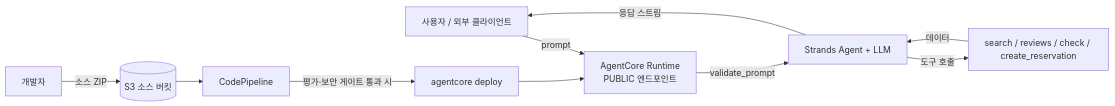
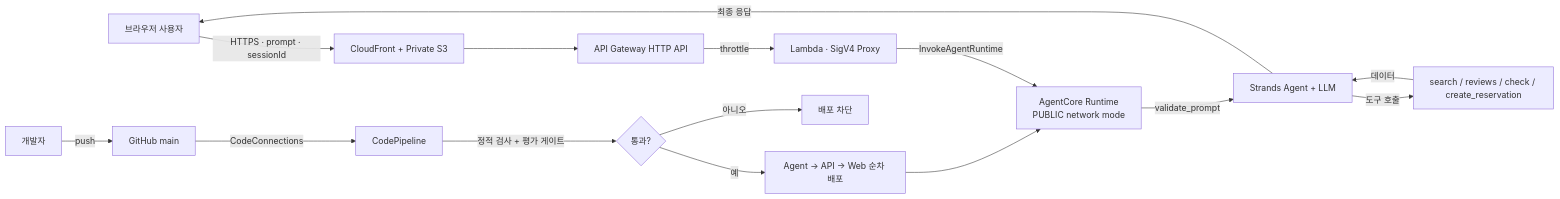
The diagram in docs/threat-model.md (clialim/restaurant-agent-agentcore), drawn with Mermaid before and after one commit. The commit also changed other lines of this file and 2 other files, not shown here.

````diff
--- a/docs/threat-model.md
+++ b/docs/threat-model.md
@@ -13,15 +10,18 @@
 ```mermaid
 flowchart LR
-    User[사용자 / 외부 클라이언트] -->|prompt| Entry[AgentCore Runtime<br/>PUBLIC 엔드포인트]
+    User[브라우저 사용자] -->|HTTPS · prompt · sessionId| CF[CloudFront + Private S3]
+    CF --> API[API Gateway HTTP API]
+    API -->|throttle| Lambda[Lambda · SigV4 Proxy]
+    Lambda -->|InvokeAgentRuntime| Entry[AgentCore Runtime<br/>PUBLIC network mode]
     Entry -->|validate_prompt| Agent[Strands Agent + LLM]
     Agent -->|도구 호출| Tools[search / reviews / check / create_reservation]
     Tools -->|데이터| Agent
-    Agent -->|응답 스트림| User
+    Agent -->|최종 응답| User
 
-    Dev[개발자] -->|소스 ZIP| S3[(S3 소스 버킷)]
-    S3 --> Pipeline[CodePipeline]
-    Pipeline -->|평가·보안 게이트 통과 시| Deploy[agentcore deploy]
+    Dev[개발자] -->|push| GitHub[GitHub main]
+    GitHub -->|CodeConnections| Pipeline[CodePipeline]
+    Pipeline -->|정적 검사 + 평가 게이트| Gate{통과?}
+    Gate -->|예| Deploy[Agent → API → Web 순차 배포]
+    Gate -->|아니오| Block[배포 차단]
     Deploy --> Entry
-
-    classDef boundary stroke-dasharray: 5 5;
 ```
````
